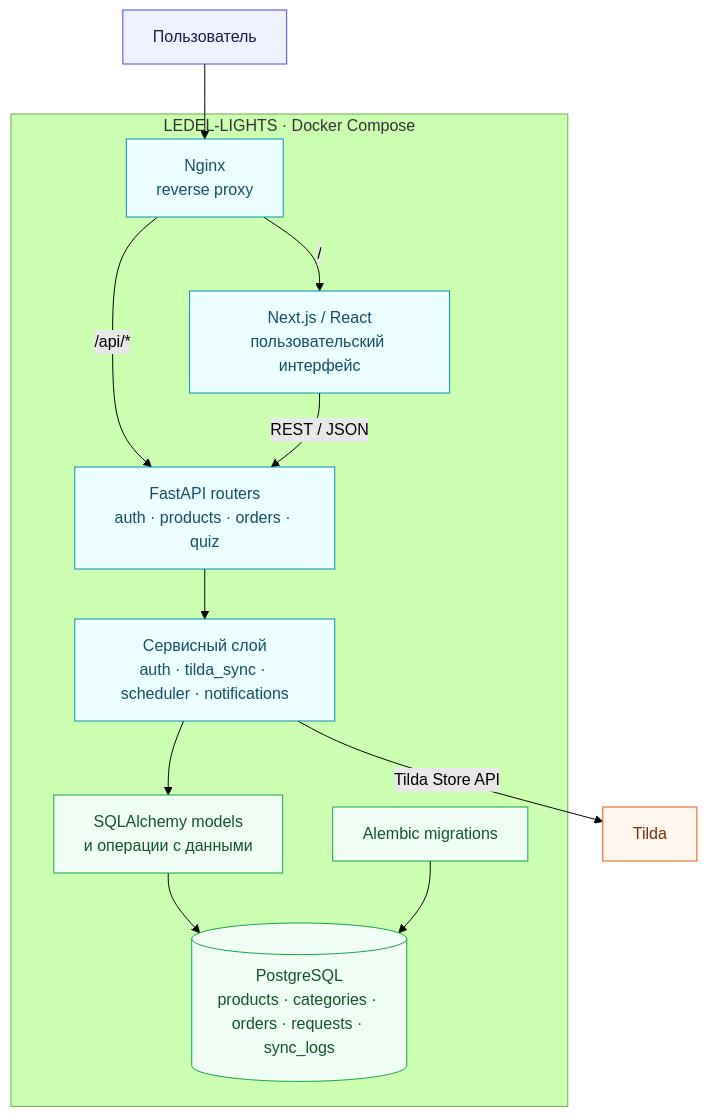
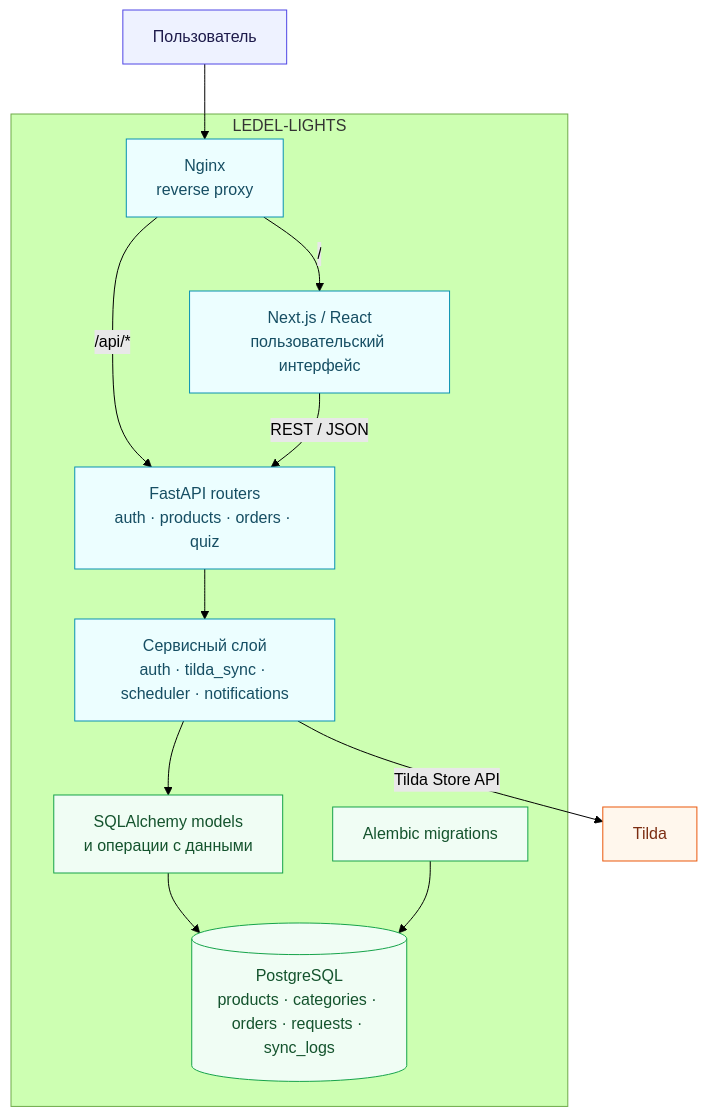
Before and after one commit to cislota/LEDEL-LIGHTS: the first of 2 diagrams in README.md, drawn with Mermaid (forest theme).

Commit message:
Change subgraph title in README flowchart
Updated the subgraph title in the flowchart to remove 'Docker Compose'.

````diff
--- a/README.md
+++ b/README.md
@@ -23,29 +23,29 @@
 ```mermaid
 flowchart TB
     USER["Пользователь"]
 
-    subgraph APP["LEDEL-LIGHTS · Docker Compose"]
+    subgraph APP["LEDEL-LIGHTS"]
         NGINX["Nginx<br/>reverse proxy"]
         NGINX -->|"/"| FRONT["Next.js / React<br/>пользовательский интерфейс"]
         NGINX -->|"/api/*"| ROUTERS["FastAPI routers<br/>auth · products · orders · quiz"]
         FRONT -->|"REST / JSON"| ROUTERS
 
         ROUTERS --> SERVICES["Сервисный слой<br/>auth · tilda_sync · scheduler · notifications"]
         SERVICES --> MODELS["SQLAlchemy models<br/>и операции с данными"]
         MODELS --> DB[("PostgreSQL<br/>products · categories · orders · requests · sync_logs")]
         MIGRATIONS["Alembic migrations"] --> DB
     end
 
     USER --> NGINX
     SERVICES -->|"Tilda Store API"| TILDA["Tilda"]
 
     classDef edge fill:#eef2ff,stroke:#4f46e5,color:#1e1b4b;
     classDef app fill:#ecfeff,stroke:#0891b2,color:#164e63;
     classDef data fill:#f0fdf4,stroke:#16a34a,color:#14532d;
     classDef external fill:#fff7ed,stroke:#ea580c,color:#7c2d12;
 
     class USER edge;
     class NGINX,FRONT,ROUTERS,SERVICES app;
     class MODELS,DB,MIGRATIONS data;
     class TILDA external;
 ```
````
